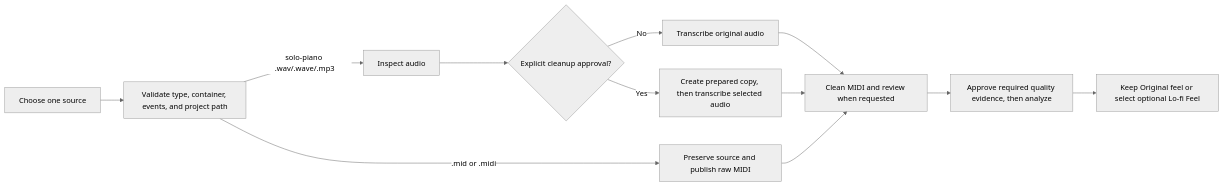
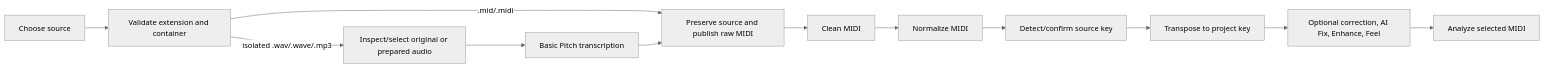
The diagram in docs/MIDI_IMPORT_PROCESS.md (nanaki-93/melotrail), drawn with Mermaid (neutral theme) before and after one commit. The commit also changed other lines of this file and 76 other files, not shown here.

````diff
--- a/docs/MIDI_IMPORT_PROCESS.md
+++ b/docs/MIDI_IMPORT_PROCESS.md
@@ -8,14 +13,14 @@
 ```mermaid
 flowchart LR
-    S[Choose one source] --> V[Validate type, container, events, and project path]
-    V -->|.mid or .midi| D[Preserve source and publish raw MIDI]
-    V -->|solo-piano .wav/.wave/.mp3| I[Inspect audio]
-    I --> C{Explicit cleanup approval?}
-    C -->|No| T[Transcribe original audio]
-    C -->|Yes| P[Create prepared copy, then transcribe selected audio]
-    T --> R[Clean MIDI and review when requested]
-    P --> R
-    D --> R
-    R --> A[Approve required quality evidence, then analyze]
-    A --> F[Keep Original feel or select optional Lo-fi Feel]
+    S[Choose source] --> V[Validate extension and container]
+    V -->|.mid/.midi| R[Preserve source and publish raw MIDI]
+    V -->|isolated .wav/.wave/.mp3| I[Inspect/select original or prepared audio]
+    I --> T[Basic Pitch transcription]
+    T --> R
+    R --> C[Clean MIDI]
+    C --> N[Normalize MIDI]
+    N --> K[Detect/confirm source key]
+    K --> P[Transpose to project key]
+    P --> O[Optional correction, AI Fix, Enhance, Feel]
+    O --> A[Analyze selected MIDI]
 ```
````
